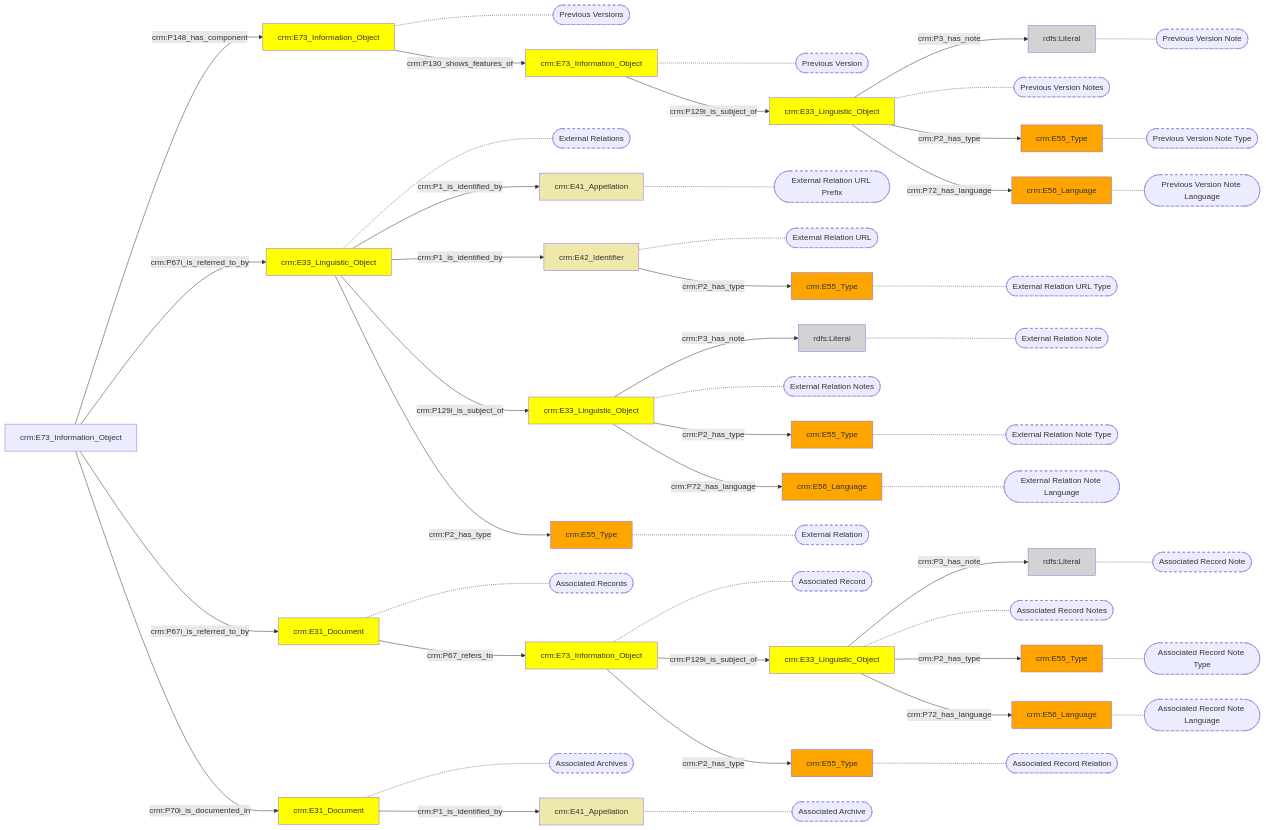
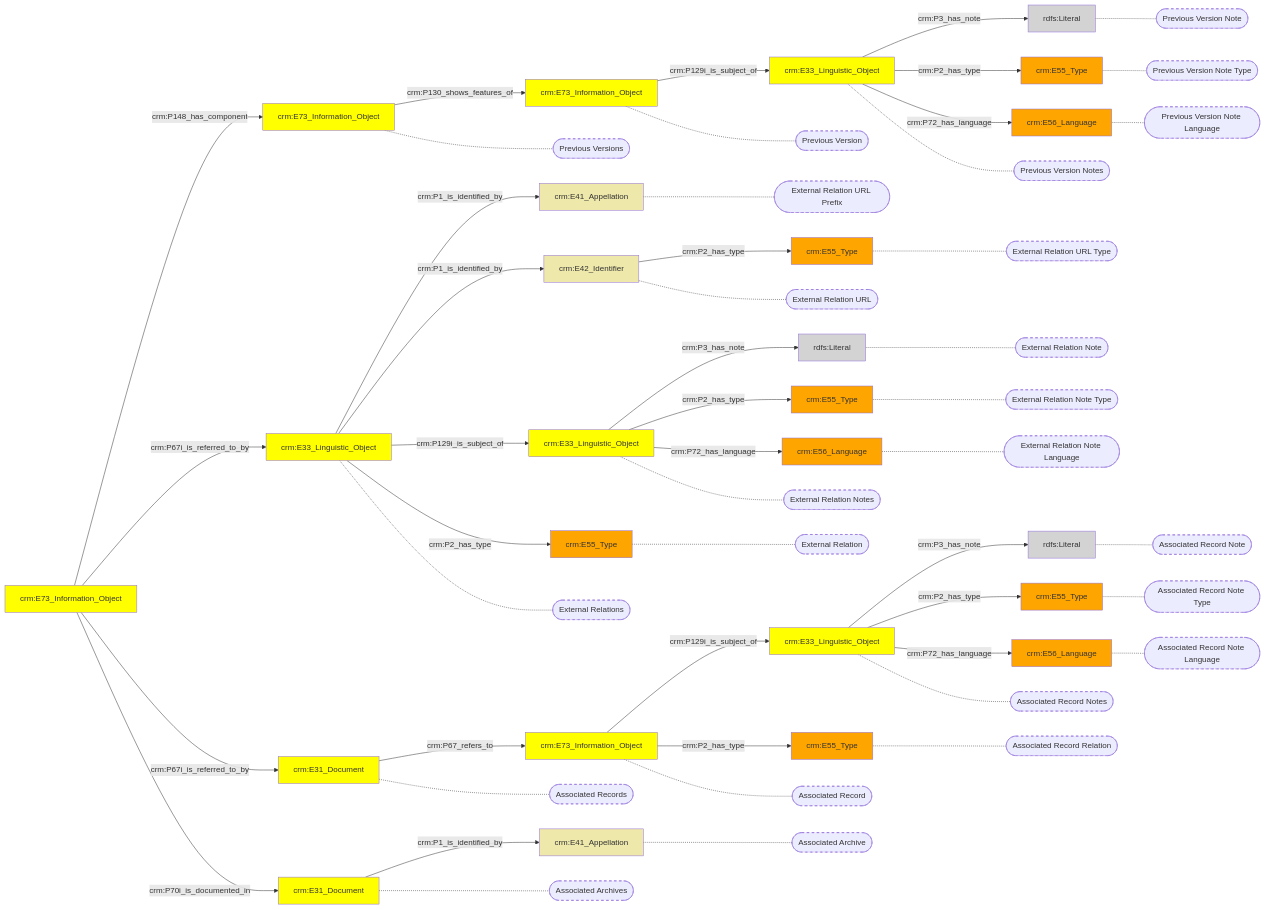
Before and after one commit to digipolisantwerpdocumentation/antwerp-cultureel-erfgoed: the diagram in docs/content/modellen/ArchiefItemImmaterieel/VerwantMateriaal.md, drawn with Mermaid. The commit also changed 32 other files, not shown here.

````diff
--- a/docs/content/modellen/ArchiefItemImmaterieel/VerwantMateriaal.md
+++ b/docs/content/modellen/ArchiefItemImmaterieel/VerwantMateriaal.md
@@ -3,6 +3,27 @@
 2f6362b4-a5fe-11ec-b19f-9cf387da2c40["crm:E33_Linguistic_Object"]-->|"crm:P3_has_note"|2f63ab8e-a5fe-11ec-b19f-9cf387da2c40(rdfs:Literal)
 2f63743e-a5fe-11ec-b19f-9cf387da2c40["crm:E33_Linguistic_Object"]-->|"crm:P3_has_note"|2f63772c-a5fe-11ec-b19f-9cf387da2c40(rdfs:Literal)
 8031c762-a923-11ec-b19f-9cf387da2c40["crm:E33_Linguistic_Object"]-->|"crm:P3_has_note"|8031cd20-a923-11ec-b19f-9cf387da2c40(rdfs:Literal)
+2ba397f2-a923-11ec-b19f-9cf387da2c40["crm:E73_Information_Object"]-->|"crm:P129i_is_subject_of"|8031c762-a923-11ec-b19f-9cf387da2c40["crm:E33_Linguistic_Object"]
+2f627066-a5fe-11ec-b19f-9cf387da2c40["crm:E33_Linguistic_Object"]-->|"crm:P1_is_identified_by"|0cba7466-af4d-11ec-b19f-9cf387da2c40["crm:E41_Appellation"]
+2f627066-a5fe-11ec-b19f-9cf387da2c40["crm:E33_Linguistic_Object"]-->|"crm:P1_is_identified_by"|2f6374de-a5fe-11ec-b19f-9cf387da2c40["crm:E42_Identifier"]
+2f627066-a5fe-11ec-b19f-9cf387da2c40["crm:E33_Linguistic_Object"]-->|"crm:P129i_is_subject_of"|2f63743e-a5fe-11ec-b19f-9cf387da2c40["crm:E33_Linguistic_Object"]
+2f627066-a5fe-11ec-b19f-9cf387da2c40["crm:E33_Linguistic_Object"]-->|"crm:P2_has_type"|2f63760a-a5fe-11ec-b19f-9cf387da2c40["crm:E55_Type"]
+2f632c68-a5fe-11ec-b19f-9cf387da2c40["crm:E31_Document"]-->|"crm:P1_is_identified_by"|2f63611a-a5fe-11ec-b19f-9cf387da2c40["crm:E41_Appellation"]
+2f634fd6-a5fe-11ec-b19f-9cf387da2c40["crm:E31_Document"]-->|"crm:P67_refers_to"|2f63ac38-a5fe-11ec-b19f-9cf387da2c40["crm:E73_Information_Object"]
+2f6362b4-a5fe-11ec-b19f-9cf387da2c40["crm:E33_Linguistic_Object"]-->|"crm:P2_has_type"|2f635f76-a5fe-11ec-b19f-9cf387da2c40["crm:E55_Type"]
+2f6362b4-a5fe-11ec-b19f-9cf387da2c40["crm:E33_Linguistic_Object"]-->|"crm:P72_has_language"|2f635e86-a5fe-11ec-b19f-9cf387da2c40["crm:E56_Language"]
+2f63743e-a5fe-11ec-b19f-9cf387da2c40["crm:E33_Linguistic_Object"]-->|"crm:P2_has_type"|2f637696-a5fe-11ec-b19f-9cf387da2c40["crm:E55_Type"]
+2f63743e-a5fe-11ec-b19f-9cf387da2c40["crm:E33_Linguistic_Object"]-->|"crm:P72_has_language"|2f6377c2-a5fe-11ec-b19f-9cf387da2c40["crm:E56_Language"]
+2f6374de-a5fe-11ec-b19f-9cf387da2c40["crm:E42_Identifier"]-->|"crm:P2_has_type"|2f63756a-a5fe-11ec-b19f-9cf387da2c40["crm:E55_Type"]
+2f63ac38-a5fe-11ec-b19f-9cf387da2c40["crm:E73_Information_Object"]-->|"crm:P129i_is_subject_of"|2f6362b4-a5fe-11ec-b19f-9cf387da2c40["crm:E33_Linguistic_Object"]
+2f63ac38-a5fe-11ec-b19f-9cf387da2c40["crm:E73_Information_Object"]-->|"crm:P2_has_type"|2f63637c-a5fe-11ec-b19f-9cf387da2c40["crm:E55_Type"]
+2f63ae40-a5fe-11ec-b19f-9cf387da2c40["crm:E73_Information_Object"]-->|"crm:P148_has_component"|edeadcb8-a922-11ec-b19f-9cf387da2c40["crm:E73_Information_Object"]
+2f63ae40-a5fe-11ec-b19f-9cf387da2c40["crm:E73_Information_Object"]-->|"crm:P67i_is_referred_to_by"|2f627066-a5fe-11ec-b19f-9cf387da2c40["crm:E33_Linguistic_Object"]
+2f63ae40-a5fe-11ec-b19f-9cf387da2c40["crm:E73_Information_Object"]-->|"crm:P67i_is_referred_to_by"|2f634fd6-a5fe-11ec-b19f-9cf387da2c40["crm:E31_Document"]
+2f63ae40-a5fe-11ec-b19f-9cf387da2c40["crm:E73_Information_Object"]-->|"crm:P70i_is_documented_in"|2f632c68-a5fe-11ec-b19f-9cf387da2c40["crm:E31_Document"]
+8031c762-a923-11ec-b19f-9cf387da2c40["crm:E33_Linguistic_Object"]-->|"crm:P2_has_type"|8031cc6c-a923-11ec-b19f-9cf387da2c40["crm:E55_Type"]
+8031c762-a923-11ec-b19f-9cf387da2c40["crm:E33_Linguistic_Object"]-->|"crm:P72_has_language"|8031cb72-a923-11ec-b19f-9cf387da2c40["crm:E56_Language"]
+edeadcb8-a922-11ec-b19f-9cf387da2c40["crm:E73_Information_Object"]-->|"crm:P130_shows_features_of"|2ba397f2-a923-11ec-b19f-9cf387da2c40["crm:E73_Information_Object"]
 8031c762-a923-11ec-b19f-9cf387da2c40["crm:E33_Linguistic_Object"]-.-8031c762-a923-11ec-b19f-9cf387da2c40_s(["Previous Version Notes"])
 0cba7466-af4d-11ec-b19f-9cf387da2c40["crm:E41_Appellation"]-.-0cba7466-af4d-11ec-b19f-9cf387da2c40_s(["External Relation URL Prefix"])
 2f6374de-a5fe-11ec-b19f-9cf387da2c40["crm:E42_Identifier"]-.-2f6374de-a5fe-11ec-b19f-9cf387da2c40_s(["External Relation URL"])
@@ -27,51 +48,6 @@
 8031cd20-a923-11ec-b19f-9cf387da2c40["rdfs:Literal"]-.-8031cd20-a923-11ec-b19f-9cf387da2c40_s(["Previous Version Note"])
 8031cb72-a923-11ec-b19f-9cf387da2c40["crm:E56_Language"]-.-8031cb72-a923-11ec-b19f-9cf387da2c40_s(["Previous Version Note Language"])
 2ba397f2-a923-11ec-b19f-9cf387da2c40["crm:E73_Information_Object"]-.-2ba397f2-a923-11ec-b19f-9cf387da2c40_s(["Previous Version"])
-2ba397f2-a923-11ec-b19f-9cf387da2c40["crm:E73_Information_Object"]-->|"crm:P129i_is_subject_of"|8031c762-a923-11ec-b19f-9cf387da2c40["crm:E33_Linguistic_Object"]
-2f627066-a5fe-11ec-b19f-9cf387da2c40["crm:E33_Linguistic_Object"]-->|"crm:P1_is_identified_by"|0cba7466-af4d-11ec-b19f-9cf387da2c40["crm:E41_Appellation"]
-2f627066-a5fe-11ec-b19f-9cf387da2c40["crm:E33_Linguistic_Object"]-->|"crm:P1_is_identified_by"|2f6374de-a5fe-11ec-b19f-9cf387da2c40["crm:E42_Identifier"]
-2f627066-a5fe-11ec-b19f-9cf387da2c40["crm:E33_Linguistic_Object"]-->|"crm:P129i_is_subject_of"|2f63743e-a5fe-11ec-b19f-9cf387da2c40["crm:E33_Linguistic_Object"]
-2f627066-a5fe-11ec-b19f-9cf387da2c40["crm:E33_Linguistic_Object"]-->|"crm:P2_has_type"|2f63760a-a5fe-11ec-b19f-9cf387da2c40["crm:E55_Type"]
-2f632c68-a5fe-11ec-b19f-9cf387da2c40["crm:E31_Document"]-->|"crm:P1_is_identified_by"|2f63611a-a5fe-11ec-b19f-9cf387da2c40["crm:E41_Appellation"]
-2f634fd6-a5fe-11ec-b19f-9cf387da2c40["crm:E31_Document"]-->|"crm:P67_refers_to"|2f63ac38-a5fe-11ec-b19f-9cf387da2c40["crm:E73_Information_Object"]
-2f6362b4-a5fe-11ec-b19f-9cf387da2c40["crm:E33_Linguistic_Object"]-->|"crm:P2_has_type"|2f635f76-a5fe-11ec-b19f-9cf387da2c40["crm:E55_Type"]
-2f6362b4-a5fe-11ec-b19f-9cf387da2c40["crm:E33_Linguistic_Object"]-->|"crm:P72_has_language"|2f635e86-a5fe-11ec-b19f-9cf387da2c40["crm:E56_Language"]
-2f63743e-a5fe-11ec-b19f-9cf387da2c40["crm:E33_Linguistic_Object"]-->|"crm:P2_has_type"|2f637696-a5fe-11ec-b19f-9cf387da2c40["crm:E55_Type"]
-2f63743e-a5fe-11ec-b19f-9cf387da2c40["crm:E33_Linguistic_Object"]-->|"crm:P72_has_language"|2f6377c2-a5fe-11ec-b19f-9cf387da2c40["crm:E56_Language"]
-2f6374de-a5fe-11ec-b19f-9cf387da2c40["crm:E42_Identifier"]-->|"crm:P2_has_type"|2f63756a-a5fe-11ec-b19f-9cf387da2c40["crm:E55_Type"]
-2f63ac38-a5fe-11ec-b19f-9cf387da2c40["crm:E73_Information_Object"]-->|"crm:P129i_is_subject_of"|2f6362b4-a5fe-11ec-b19f-9cf387da2c40["crm:E33_Linguistic_Object"]
-2f63ac38-a5fe-11ec-b19f-9cf387da2c40["crm:E73_Information_Object"]-->|"crm:P2_has_type"|2f63637c-a5fe-11ec-b19f-9cf387da2c40["crm:E55_Type"]
-2f63ae40-a5fe-11ec-b19f-9cf387da2c40["crm:E73_Information_Object"]-->|"crm:P148_has_component"|edeadcb8-a922-11ec-b19f-9cf387da2c40["crm:E73_Information_Object"]
-2f63ae40-a5fe-11ec-b19f-9cf387da2c40["crm:E73_Information_Object"]-->|"crm:P67i_is_referred_to_by"|2f627066-a5fe-11ec-b19f-9cf387da2c40["crm:E33_Linguistic_Object"]
-2f63ae40-a5fe-11ec-b19f-9cf387da2c40["crm:E73_Information_Object"]-->|"crm:P67i_is_referred_to_by"|2f634fd6-a5fe-11ec-b19f-9cf387da2c40["crm:E31_Document"]
-2f63ae40-a5fe-11ec-b19f-9cf387da2c40["crm:E73_Information_Object"]-->|"crm:P70i_is_documented_in"|2f632c68-a5fe-11ec-b19f-9cf387da2c40["crm:E31_Document"]
-8031c762-a923-11ec-b19f-9cf387da2c40["crm:E33_Linguistic_Object"]-->|"crm:P2_has_type"|8031cc6c-a923-11ec-b19f-9cf387da2c40["crm:E55_Type"]
-8031c762-a923-11ec-b19f-9cf387da2c40["crm:E33_Linguistic_Object"]-->|"crm:P72_has_language"|8031cb72-a923-11ec-b19f-9cf387da2c40["crm:E56_Language"]
-edeadcb8-a922-11ec-b19f-9cf387da2c40["crm:E73_Information_Object"]-->|"crm:P130_shows_features_of"|2ba397f2-a923-11ec-b19f-9cf387da2c40["crm:E73_Information_Object"]
-style 0cba7466-af4d-11ec-b19f-9cf387da2c40 fill:#EEE8AA
-style 2ba397f2-a923-11ec-b19f-9cf387da2c40 fill:#ffff00
-style 2f627066-a5fe-11ec-b19f-9cf387da2c40 fill:#ffff00
-style 2f632c68-a5fe-11ec-b19f-9cf387da2c40 fill:#ffff00
-style 2f634fd6-a5fe-11ec-b19f-9cf387da2c40 fill:#ffff00
-style 2f635e86-a5fe-11ec-b19f-9cf387da2c40 fill:#ffa500
-style 2f635f76-a5fe-11ec-b19f-9cf387da2c40 fill:#ffa500
-style 2f63611a-a5fe-11ec-b19f-9cf387da2c40 fill:#EEE8AA
-style 2f6362b4-a5fe-11ec-b19f-9cf387da2c40 fill:#ffff00
-style 2f63637c-a5fe-11ec-b19f-9cf387da2c40 fill:#ffa500
-style 2f63743e-a5fe-11ec-b19f-9cf387da2c40 fill:#ffff00
-style 2f6374de-a5fe-11ec-b19f-9cf387da2c40 fill:#EEE8AA
-style 2f63756a-a5fe-11ec-b19f-9cf387da2c40 fill:#ffa500
-style 2f63760a-a5fe-11ec-b19f-9cf387da2c40 fill:#ffa500
-style 2f637696-a5fe-11ec-b19f-9cf387da2c40 fill:#ffa500
-style 2f63772c-a5fe-11ec-b19f-9cf387da2c40 fill:#D3D3D3
-style 2f6377c2-a5fe-11ec-b19f-9cf387da2c40 fill:#ffa500
-style 2f63ab8e-a5fe-11ec-b19f-9cf387da2c40 fill:#D3D3D3
-style 2f63ac38-a5fe-11ec-b19f-9cf387da2c40 fill:#ffff00
-style 8031c762-a923-11ec-b19f-9cf387da2c40 fill:#ffff00
-style 8031cb72-a923-11ec-b19f-9cf387da2c40 fill:#ffa500
-style 8031cc6c-a923-11ec-b19f-9cf387da2c40 fill:#ffa500
-style 8031cd20-a923-11ec-b19f-9cf387da2c40 fill:#D3D3D3
-style edeadcb8-a922-11ec-b19f-9cf387da2c40 fill:#ffff00
 style 8031c762-a923-11ec-b19f-9cf387da2c40_s stroke-dasharray: 5
 style 0cba7466-af4d-11ec-b19f-9cf387da2c40_s stroke-dasharray: 5
 style 2f6374de-a5fe-11ec-b19f-9cf387da2c40_s stroke-dasharray: 5
@@ -96,4 +72,29 @@
 style 8031cd20-a923-11ec-b19f-9cf387da2c40_s stroke-dasharray: 5
 style 8031cb72-a923-11ec-b19f-9cf387da2c40_s stroke-dasharray: 5
 style 2ba397f2-a923-11ec-b19f-9cf387da2c40_s stroke-dasharray: 5
+style 0cba7466-af4d-11ec-b19f-9cf387da2c40 fill:#EEE8AA
+style 2ba397f2-a923-11ec-b19f-9cf387da2c40 fill:#ffff00
+style 2f627066-a5fe-11ec-b19f-9cf387da2c40 fill:#ffff00
+style 2f632c68-a5fe-11ec-b19f-9cf387da2c40 fill:#ffff00
+style 2f634fd6-a5fe-11ec-b19f-9cf387da2c40 fill:#ffff00
+style 2f635e86-a5fe-11ec-b19f-9cf387da2c40 fill:#ffa500
+style 2f635f76-a5fe-11ec-b19f-9cf387da2c40 fill:#ffa500
+style 2f63611a-a5fe-11ec-b19f-9cf387da2c40 fill:#EEE8AA
+style 2f6362b4-a5fe-11ec-b19f-9cf387da2c40 fill:#ffff00
+style 2f63637c-a5fe-11ec-b19f-9cf387da2c40 fill:#ffa500
+style 2f63743e-a5fe-11ec-b19f-9cf387da2c40 fill:#ffff00
+style 2f6374de-a5fe-11ec-b19f-9cf387da2c40 fill:#EEE8AA
+style 2f63756a-a5fe-11ec-b19f-9cf387da2c40 fill:#ffa500
+style 2f63760a-a5fe-11ec-b19f-9cf387da2c40 fill:#ffa500
+style 2f637696-a5fe-11ec-b19f-9cf387da2c40 fill:#ffa500
+style 2f63772c-a5fe-11ec-b19f-9cf387da2c40 fill:#D3D3D3
+style 2f6377c2-a5fe-11ec-b19f-9cf387da2c40 fill:#ffa500
+style 2f63ab8e-a5fe-11ec-b19f-9cf387da2c40 fill:#D3D3D3
+style 2f63ac38-a5fe-11ec-b19f-9cf387da2c40 fill:#ffff00
+style 2f63ae40-a5fe-11ec-b19f-9cf387da2c40 fill:#ffff00
+style 8031c762-a923-11ec-b19f-9cf387da2c40 fill:#ffff00
+style 8031cb72-a923-11ec-b19f-9cf387da2c40 fill:#ffa500
+style 8031cc6c-a923-11ec-b19f-9cf387da2c40 fill:#ffa500
+style 8031cd20-a923-11ec-b19f-9cf387da2c40 fill:#D3D3D3
+style edeadcb8-a922-11ec-b19f-9cf387da2c40 fill:#ffff00
 ```
````
